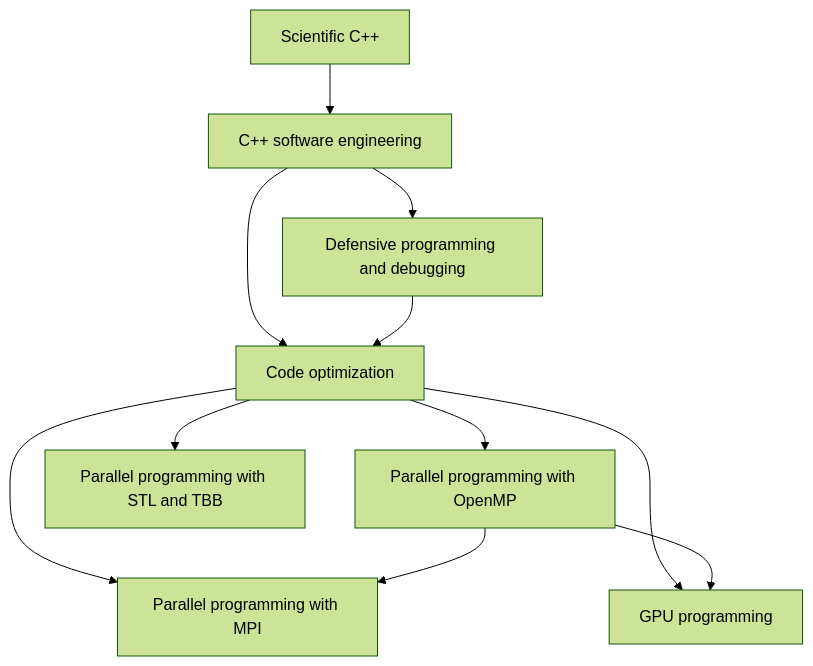
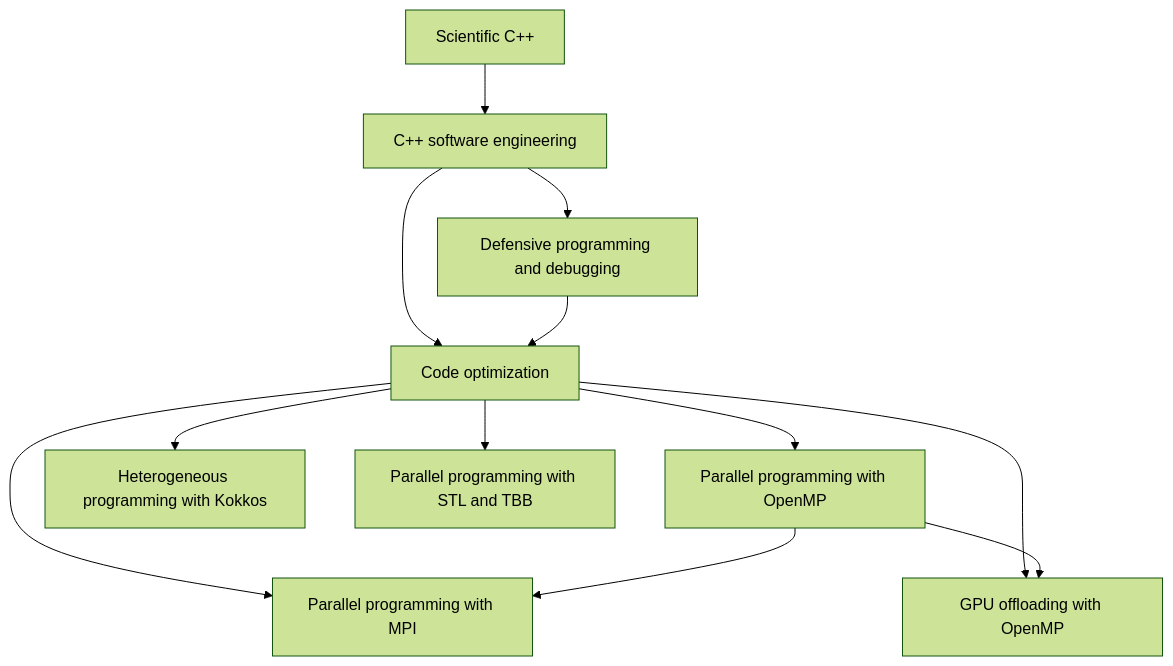
One commit to gjbex/Training-sessions changed the diagram in docs/cpp.md. Above: the diagram before and after it, drawn with Mermaid (forest theme). The commit also changed 2 other files, not shown here.

Commit message:
Correct links to GPU trainings

````diff
--- a/docs/cpp.md
+++ b/docs/cpp.md
@@ -5,21 +5,23 @@
 ```mermaid
 graph TD
   Scientific_Cpp[Scientific C++] --> Cpp_software_engineering[C++ software engineering]
   Cpp_software_engineering --> Defensive_programming_and_debugging[Defensive programming and debugging]
   Cpp_software_engineering --> Code_optimization[Code optimization]
   Defensive_programming_and_debugging --> Code_optimization
   Code_optimization --> Parallel_programming_with_OpenMP[Parallel programming with OpenMP]
   Code_optimization --> Parallel_programming_with_MPI[Parallel programming with MPI]
   Parallel_programming_with_OpenMP --> Parallel_programming_with_MPI
-  Code_optimization --> GPU_programming[GPU programming]
+  Code_optimization --> GPU_offloading_with_OpenMP[GPU offloading with OpenMP]
+  Code_optimization --> Kokkos[Heterogeneous programming with Kokkos]
   Code_optimization --> Parallel_programming_with_STL_and_TBB[Parallel programming with STL and TBB]
-  Parallel_programming_with_OpenMP --> GPU_programming
+  Parallel_programming_with_OpenMP --> GPU_offloading_with_OpenMP
   click Scientific_Cpp "https://gjbex.github.io/Scientific-C-plus-plus/" "Scientific C++"
   click Cpp_software_engineering "https://gjbex.github.io/C-plus-plus-software-engineering/" "C++ software engineering"
   click Defensive_programming_and_debugging "https://gjbex.github.io/Defensive_programming_and_debugging/" "Defensive programming and debugging"
   click Code_optimization "https://gjbex.github.io/Code-optimization/" "Code optimization"
   click Parallel_programming_with_OpenMP "https://gjbex.github.io/Training-sessions/parallel_programming_with_openmp" "Parallel programming with OpenMP"
   click Parallel_programming_with_MPI "https://gjbex.github.io/Training-sessions/parallel_programming_with_mpi" "Parallel programming with MPI"
-  click GPU_programming "https://gjbex.github.io/GPU-programming/" "GPU programming"
+  click GPU_offloading_with_OpenMP "https://gjbex.github.io/OpenMP-GPU-offloading/" "GPU offloading with OpenMP"
+  click Kokkos "https://gjbex.github.io/Heterogeneous-programming-with-Kokkos/" "Heterogeneous programming with Kokkos"
   click Parallel_programming_with_STL_and_TBB "https://gjbex.github.io/Training-sessions/parallel_programming_with_stl_and_tbb" "Parallel programming with STL and TBB"
 ```
````
